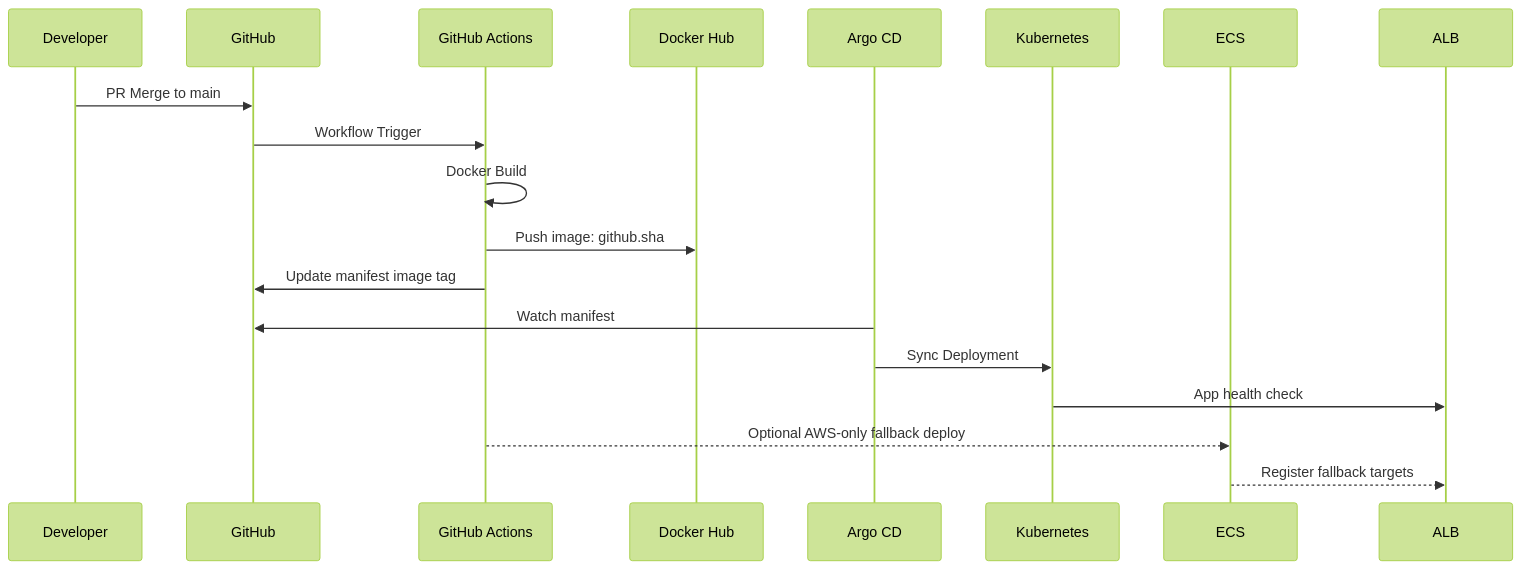
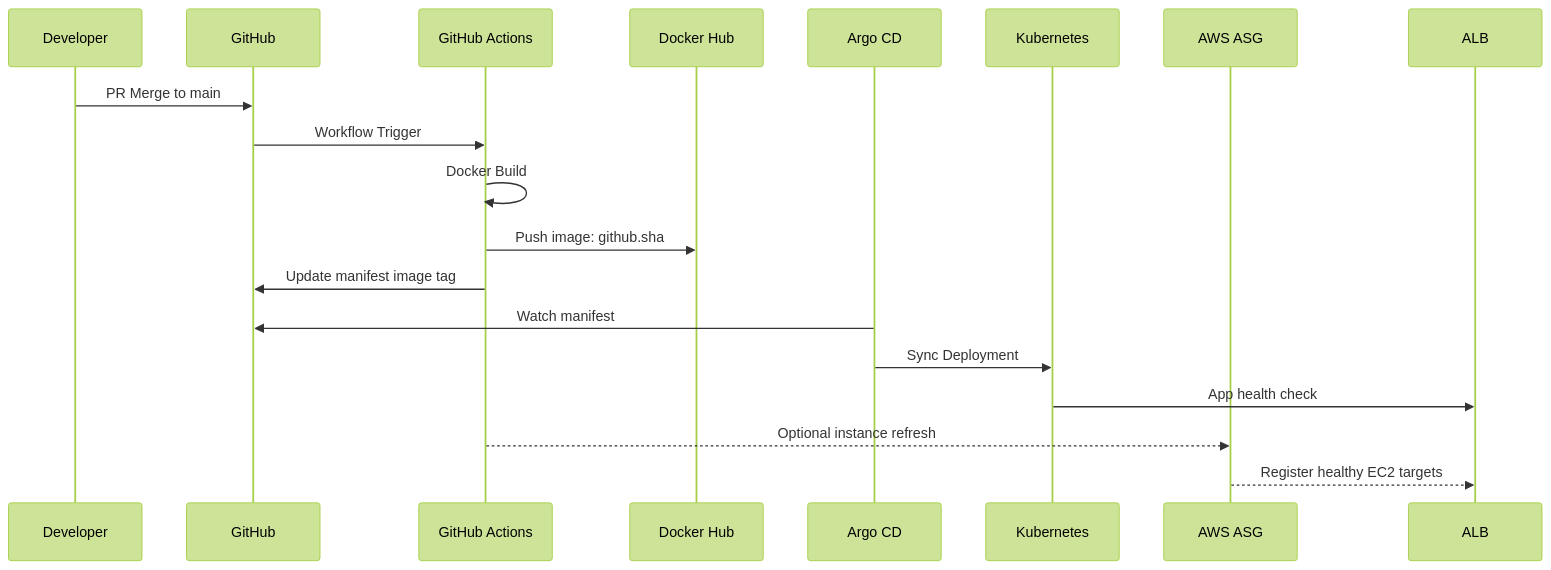
Before and after one commit to KosaCloudTeam2/infra-platform: the fifth of 7 diagrams in docs/01_architecture.md, drawn with Mermaid (forest theme). The commit also changed other lines of this file and 52 other files, not shown here.

````diff
--- a/docs/01_architecture.md
+++ b/docs/01_architecture.md
@@ -520,22 +500,22 @@
 ```mermaid
 sequenceDiagram
     participant Dev as Developer
     participant GH as GitHub
     participant GA as GitHub Actions
     participant Registry as Docker Hub
     participant Argo as Argo CD
     participant K8s as Kubernetes
-    participant ECS as ECS
+    participant ASG as AWS ASG
     participant ALB as ALB
 
     Dev->>GH: PR Merge to main
     GH->>GA: Workflow Trigger
     GA->>GA: Docker Build
     GA->>Registry: Push image: github.sha
     GA->>GH: Update manifest image tag
     Argo->>GH: Watch manifest
     Argo->>K8s: Sync Deployment
     K8s->>ALB: App health check
-    GA-->>ECS: Optional AWS-only fallback deploy
-    ECS-->>ALB: Register fallback targets
+    GA-->>ASG: Optional instance refresh
+    ASG-->>ALB: Register healthy EC2 targets
 ```
````
